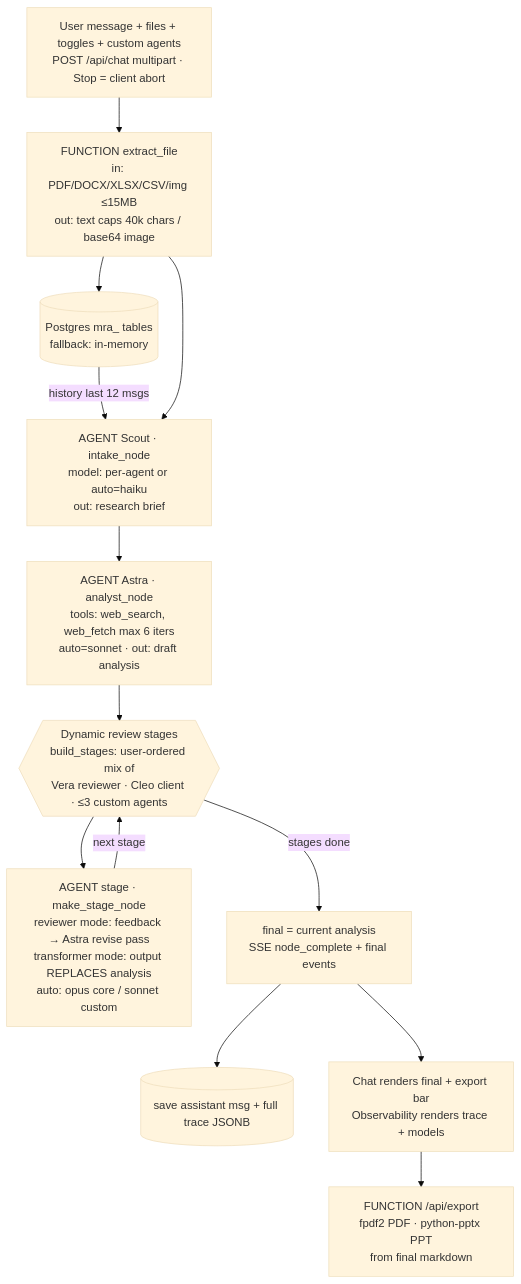
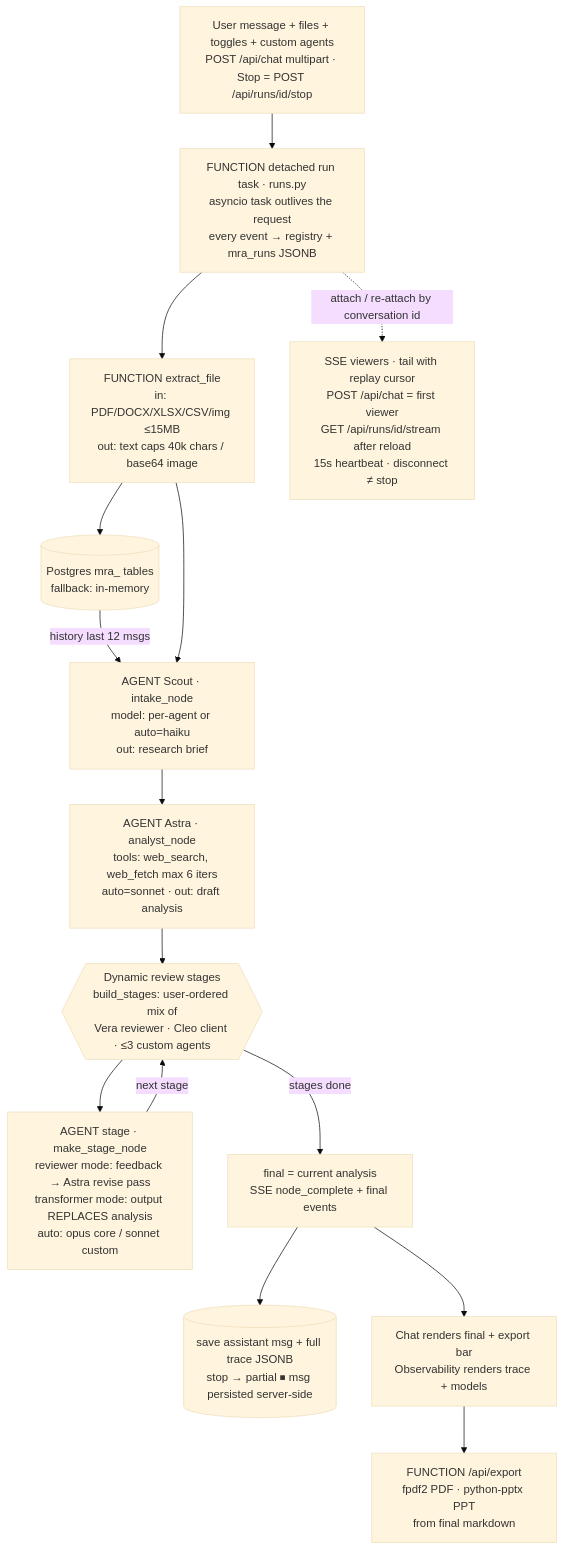
One commit to APareek89/market-research-agents changed the diagram in docs/mermaid/01-agent-flow.mmd. Above: the diagram before and after it, drawn with Mermaid (base theme). The commit also changed 122 other files, not shown here.

First line of the commit message:
Server-side run persistence: detached runs survive reload, SSE re-attach by conversation id

```diff
--- a/docs/mermaid/01-agent-flow.mmd
+++ b/docs/mermaid/01-agent-flow.mmd
@@ -1,15 +1,17 @@
 %% granularity: master
-%% files: app/graph.py, app/main.py, app/extract.py, app/tools.py, app/db.py, app/export.py
+%% files: app/graph.py, app/main.py, app/runs.py, app/extract.py, app/tools.py, app/db.py, app/export.py
 flowchart TD
-    U[User message + files + toggles + custom agents<br/>POST /api/chat multipart · Stop = client abort] --> EX[FUNCTION extract_file<br/>in: PDF/DOCX/XLSX/CSV/img ≤15MB<br/>out: text caps 40k chars / base64 image]
+    U[User message + files + toggles + custom agents<br/>POST /api/chat multipart · Stop = POST /api/runs/id/stop] --> RUN[FUNCTION detached run task · runs.py<br/>asyncio task outlives the request<br/>every event → registry + mra_runs JSONB]
+    RUN --> EX[FUNCTION extract_file<br/>in: PDF/DOCX/XLSX/CSV/img ≤15MB<br/>out: text caps 40k chars / base64 image]
+    RUN -. attach / re-attach by conversation id .-> VW[SSE viewers · tail with replay cursor<br/>POST /api/chat = first viewer<br/>GET /api/runs/id/stream after reload<br/>15s heartbeat · disconnect ≠ stop]
     EX --> MEM[(Postgres mra_ tables<br/>fallback: in-memory)]
     MEM -->|history last 12 msgs| A0
     EX --> A0[AGENT Scout · intake_node<br/>model: per-agent or auto=haiku<br/>out: research brief]
     A0 --> A1[AGENT Astra · analyst_node<br/>tools: web_search, web_fetch max 6 iters<br/>auto=sonnet · out: draft analysis]
     A1 --> ST{{Dynamic review stages<br/>build_stages: user-ordered mix of<br/>Vera reviewer · Cleo client · ≤3 custom agents}}
     ST --> SG[AGENT stage · make_stage_node<br/>reviewer mode: feedback → Astra revise pass<br/>transformer mode: output REPLACES analysis<br/>auto: opus core / sonnet custom]
     SG -->|next stage| ST
     ST -->|stages done| FIN[final = current analysis<br/>SSE node_complete + final events]
-    FIN --> MEM2[(save assistant msg + full trace JSONB)]
+    FIN --> MEM2[(save assistant msg + full trace JSONB<br/>stop → partial ⏹ msg persisted server-side)]
     FIN --> UI[Chat renders final + export bar<br/>Observability renders trace + models]
     UI --> XP[FUNCTION /api/export<br/>fpdf2 PDF · python-pptx PPT<br/>from final markdown]
```
